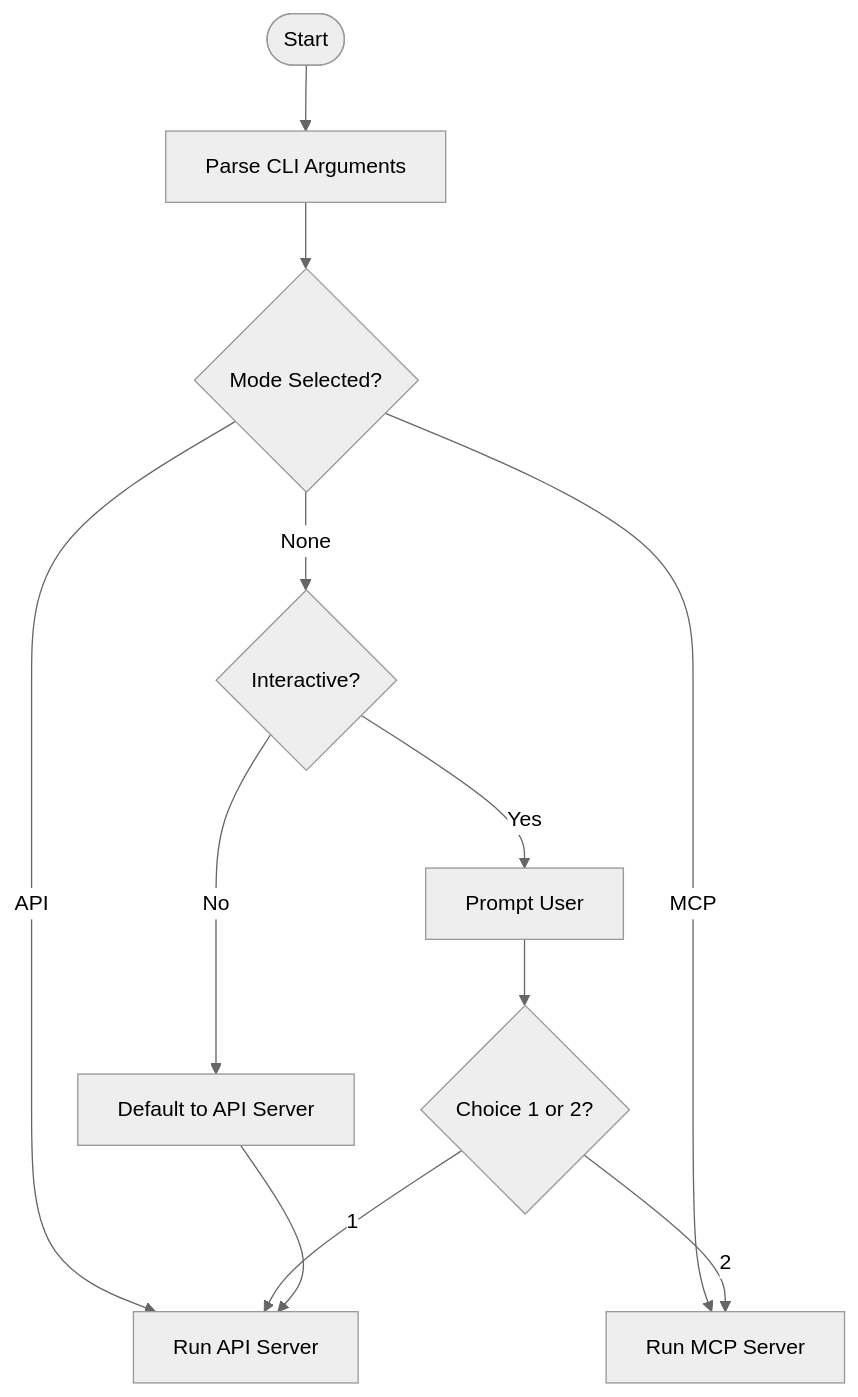
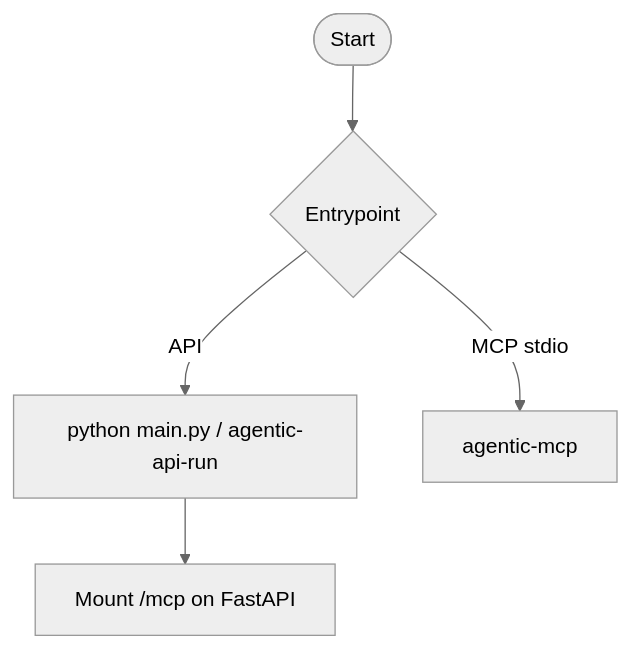
The third of 8 diagrams in src/data/docs/agentic-browser/Development Guidelines.md (tashifkhan/tashif.codes), drawn with Mermaid (neutral theme) before and after one commit. The commit also changed other lines of this file and 2128 other files, not shown here.

First line of the commit message:
docs: replace raster diagram images with native Mermaid across project guides

````diff
--- a/src/data/docs/agentic-browser/Development Guidelines.md
+++ b/src/data/docs/agentic-browser/Development Guidelines.md
@@ -90,14 +90,7 @@
 ```mermaid
 flowchart TD
-Start(["Start"]) --> ParseArgs["Parse CLI Arguments"]
-ParseArgs --> Mode{"Mode Selected?"}
-Mode --> |API| RunAPI["Run API Server"]
-Mode --> |MCP| RunMCP["Run MCP Server"]
-Mode --> |None| Interactive{"Interactive?"}
-Interactive --> |Yes| Prompt["Prompt User"]
-Interactive --> |No| DefaultAPI["Default to API Server"]
-Prompt --> Choice{"Choice 1 or 2?"}
-Choice --> |1| RunAPI
-Choice --> |2| RunMCP
-DefaultAPI --> RunAPI
+Start(["Start"]) --> Choose{"Entrypoint"}
+Choose --> |API| RunAPI["python main.py / agentic-api-run"]
+Choose --> |MCP stdio| RunMCP["agentic-mcp"]
+RunAPI --> Mount["Mount /mcp on FastAPI"]
 ```
````
